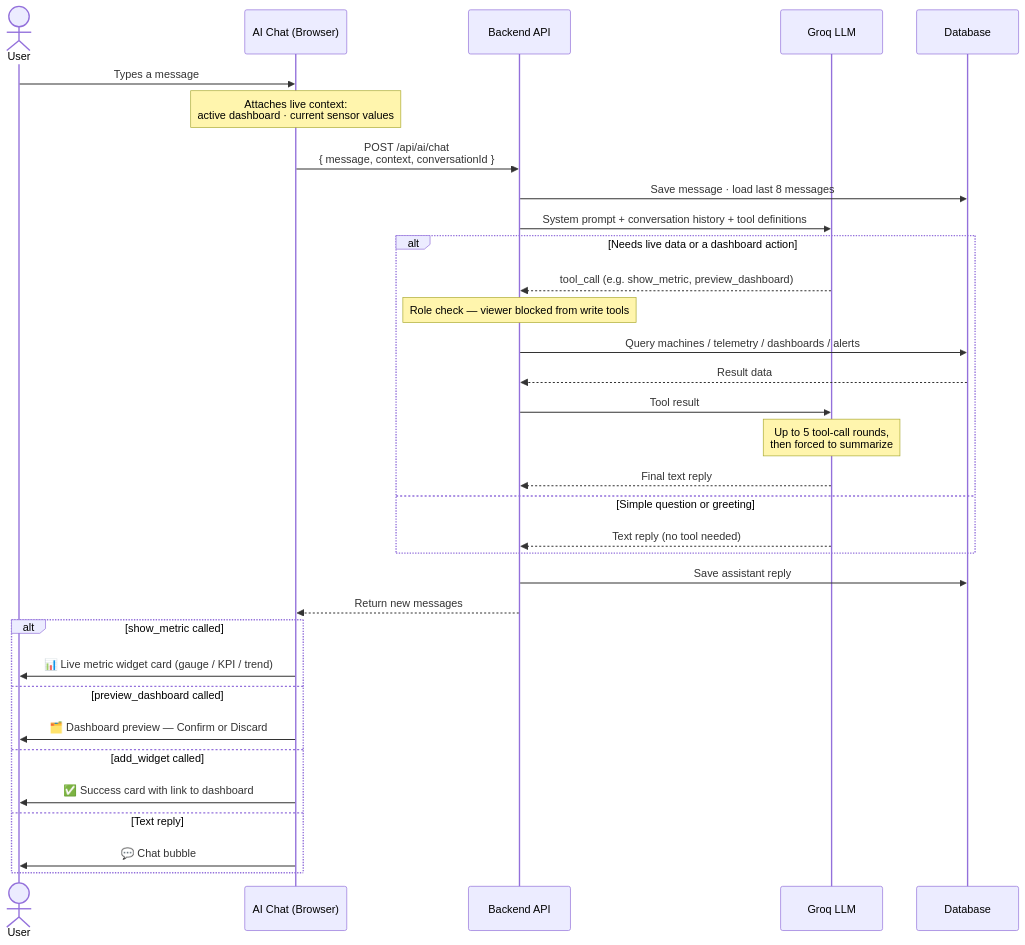
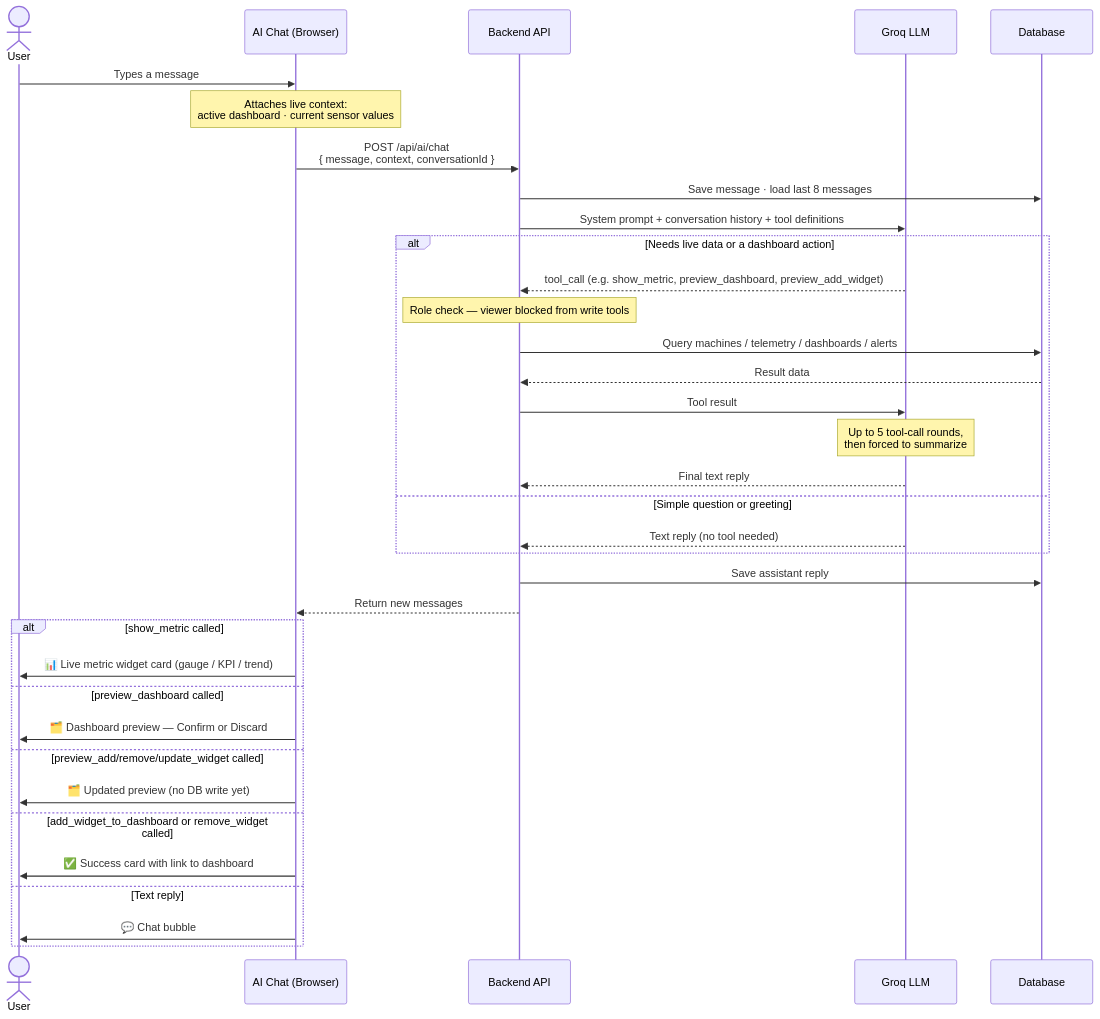
Before and after one commit to pepegummo/Project-Dashboard: the first of 2 diagrams in docs/superpowers/specs/2026-06-30-ai-presentation.md, drawn with Mermaid. The commit also changed other lines of this file, not shown here.

Commit message:
add tool in docs

````diff
--- a/docs/superpowers/specs/2026-06-30-ai-presentation.md
+++ b/docs/superpowers/specs/2026-06-30-ai-presentation.md
@@ -51,40 +59,42 @@
 ```mermaid
 sequenceDiagram
     actor User
     participant Chat as AI Chat (Browser)
     participant API as Backend API
     participant Groq as Groq LLM
     participant DB as Database
 
     User->>Chat: Types a message
     Note over Chat: Attaches live context:<br/>active dashboard · current sensor values
 
     Chat->>API: POST /api/ai/chat<br/>{ message, context, conversationId }
     API->>DB: Save message · load last 8 messages
     API->>Groq: System prompt + conversation history + tool definitions
 
     alt Needs live data or a dashboard action
-        Groq-->>API: tool_call (e.g. show_metric, preview_dashboard)
+        Groq-->>API: tool_call (e.g. show_metric, preview_dashboard, preview_add_widget)
         Note over API: Role check — viewer blocked from write tools
         API->>DB: Query machines / telemetry / dashboards / alerts
         DB-->>API: Result data
         API->>Groq: Tool result
         Note over Groq: Up to 5 tool-call rounds,<br/>then forced to summarize
         Groq-->>API: Final text reply
     else Simple question or greeting
         Groq-->>API: Text reply (no tool needed)
     end
 
     API->>DB: Save assistant reply
     API-->>Chat: Return new messages
 
     alt show_metric called
         Chat->>User: 📊 Live metric widget card (gauge / KPI / trend)
     else preview_dashboard called
         Chat->>User: 🗂️ Dashboard preview — Confirm or Discard
-    else add_widget called
+    else preview_add/remove/update_widget called
+        Chat->>User: 🗂️ Updated preview (no DB write yet)
+    else add_widget_to_dashboard or remove_widget called
         Chat->>User: ✅ Success card with link to dashboard
     else Text reply
         Chat->>User: 💬 Chat bubble
     end
 ```
````
